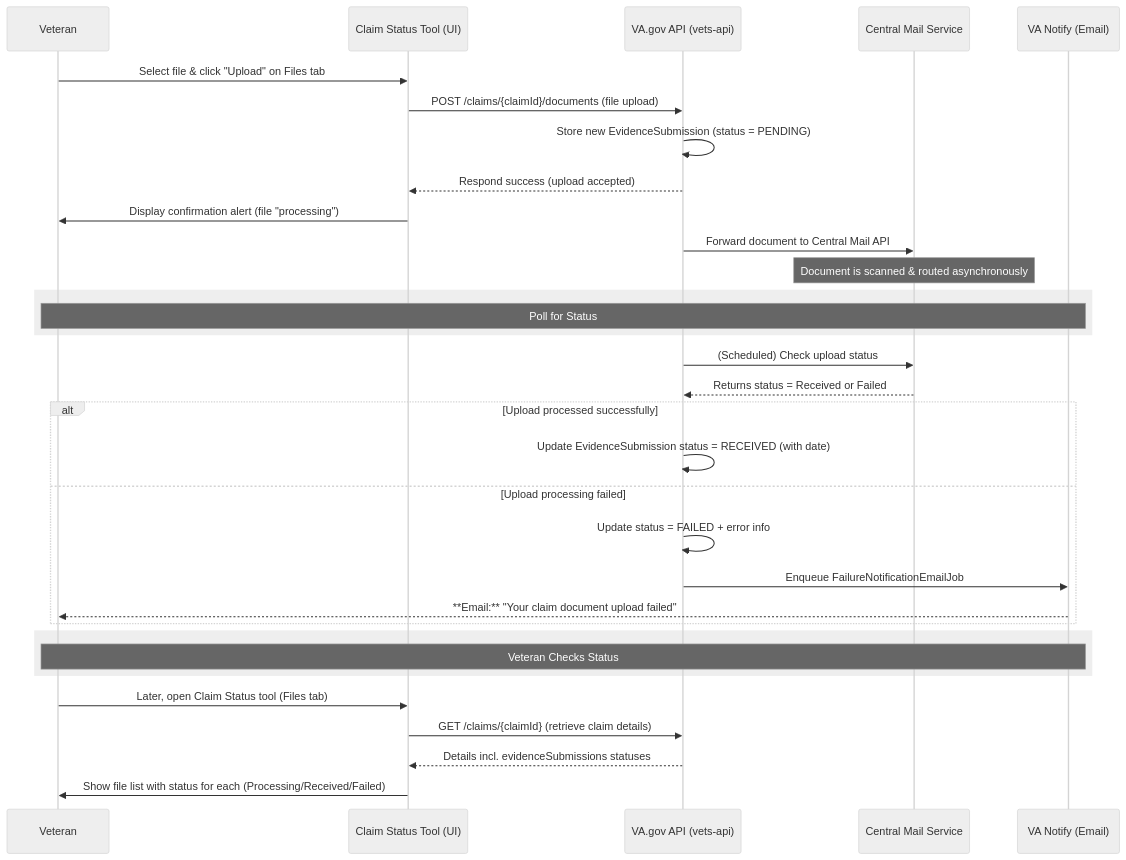
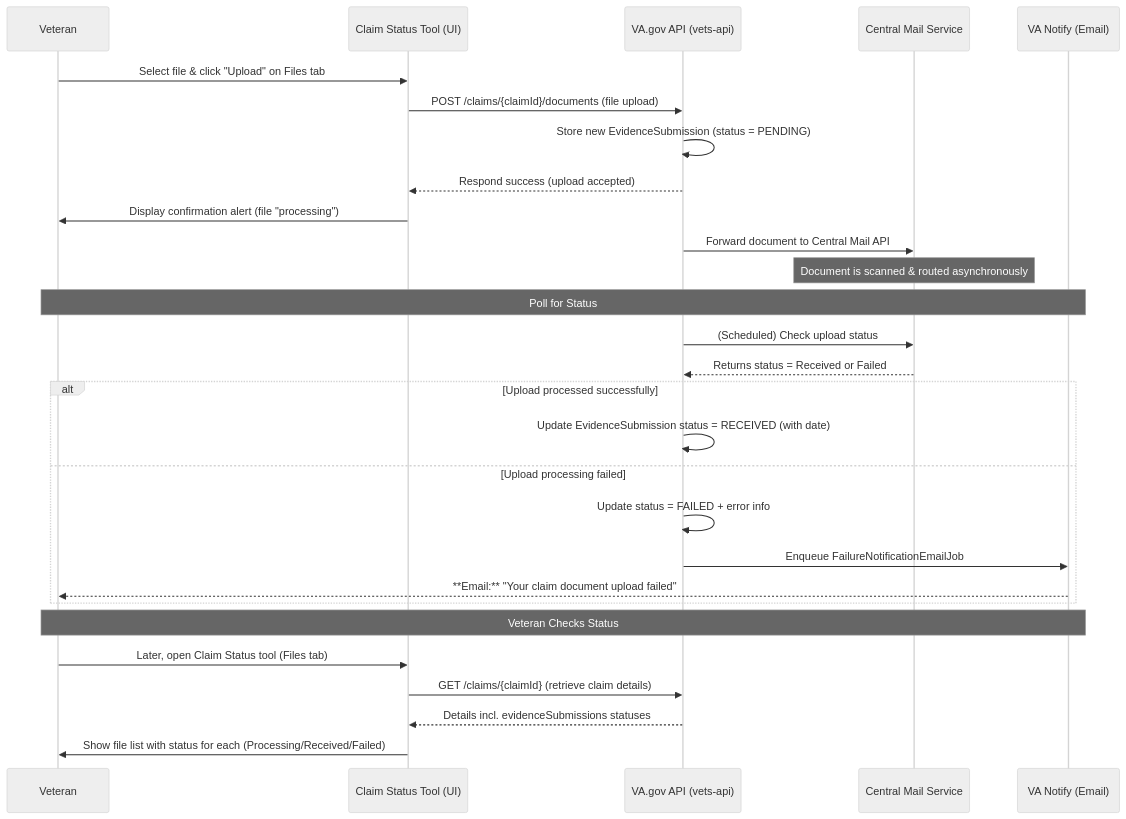
Before and after one commit to MikeC-A6/cross-benefits-documentation: the first of 2 diagrams in deep_research/document_upload_status.md, drawn with Mermaid (neutral theme). The commit also changed other lines of this file, not shown here.

````diff
--- a/deep_research/document_upload_status.md
+++ b/deep_research/document_upload_status.md
@@ -46,39 +158,37 @@
 ```mermaid
 sequenceDiagram
     participant Veteran
     participant CST_UI as Claim Status Tool (UI)
     participant Vets_API as VA.gov API (vets-api)
     participant CentralMail as Central Mail Service
     participant VANotify as VA Notify (Email)
+
     Veteran->>CST_UI: Select file & click "Upload" on Files tab
     CST_UI->>Vets_API: POST /claims/{claimId}/documents (file upload)
     Vets_API->>Vets_API: Store new EvidenceSubmission (status = PENDING)
-    Vets_API-->>CST_UI: Respond success (upload accepted)  
+    Vets_API-->>CST_UI: Respond success (upload accepted)
     CST_UI->>Veteran: Display confirmation alert (file "processing")
+
     Vets_API->>CentralMail: Forward document to Central Mail API
     Note over CentralMail: Document is scanned & routed asynchronously
-    
-    %% Using proper divider syntax
-    rect rgb(238, 238, 238)
+
+    %% Using Note for section dividers
     Note over Veteran,VANotify: Poll for Status
-    end
-    
+
     Vets_API->>CentralMail: (Scheduled) Check upload status
     CentralMail-->>Vets_API: Returns status = Received or Failed
-    alt Upload processed successfully 
+    alt Upload processed successfully
         Vets_API->>Vets_API: Update EvidenceSubmission status = RECEIVED (with date)
-    else Upload processing failed 
+    else Upload processing failed
         Vets_API->>Vets_API: Update status = FAILED + error info
         Vets_API->>VANotify: Enqueue FailureNotificationEmailJob
         VANotify-->>Veteran: **Email:** "Your claim document upload failed"
     end
-    
-    rect rgb(238, 238, 238)
+
     Note over Veteran,VANotify: Veteran Checks Status
-    end
-    
+
     Veteran->>CST_UI: Later, open Claim Status tool (Files tab)
     CST_UI->>Vets_API: GET /claims/{claimId} (retrieve claim details)
     Vets_API-->>CST_UI: Details incl. evidenceSubmissions statuses
     CST_UI->>Veteran: Show file list with status for each (Processing/Received/Failed)
 ```
````
